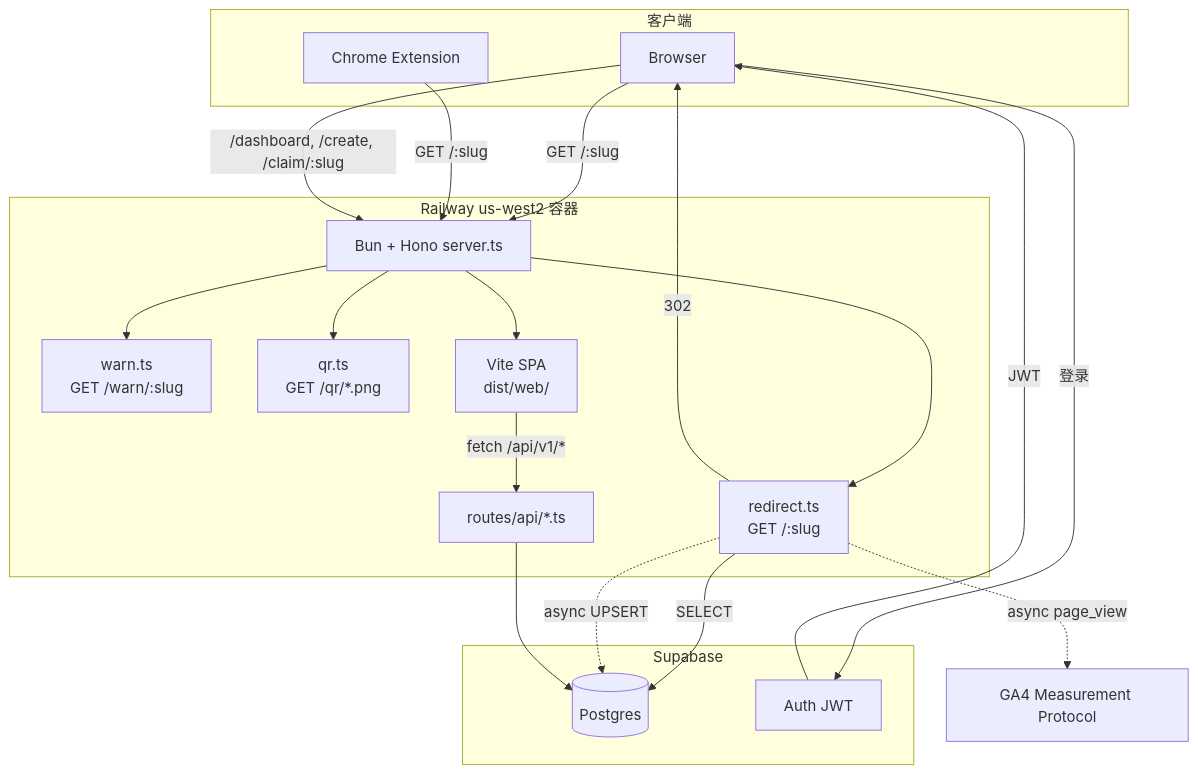
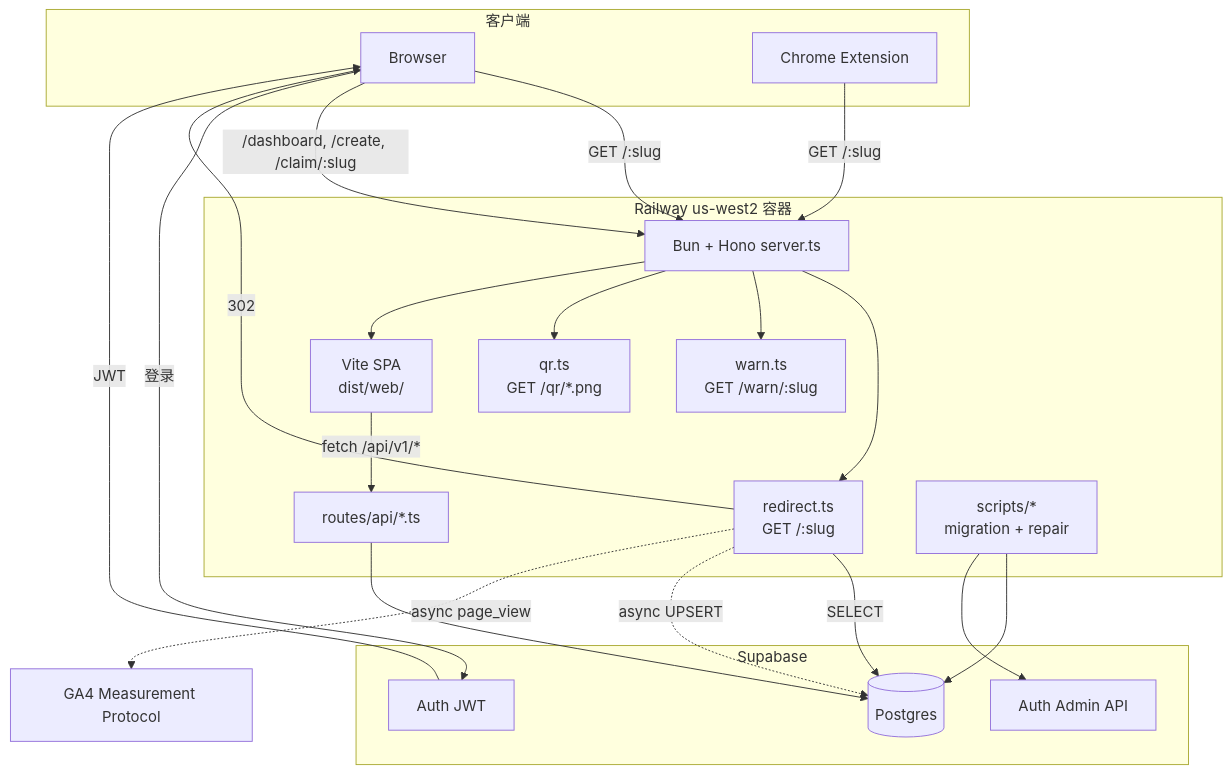
One commit to xinbenlv/open-golinks changed the diagram in docs/CURRENT-ARCHITECT.md. Above: the diagram before and after it, drawn with Mermaid. The commit also changed other lines of this file and 21 other files, not shown here.

````diff
--- a/docs/CURRENT-ARCHITECT.md
+++ b/docs/CURRENT-ARCHITECT.md
@@ -35,38 +35,42 @@
 ```mermaid
 flowchart TB
   subgraph Client[客户端]
     BR[Browser]
     EX[Chrome Extension]
   end
 
   subgraph Railway[Railway us-west2 容器]
     SRV[Bun + Hono server.ts]
     RED[redirect.ts<br/>GET /:slug]
     WARN[warn.ts<br/>GET /warn/:slug]
     QR[qr.ts<br/>GET /qr/*.png]
     API[routes/api/*.ts]
     SPA[Vite SPA<br/>dist/web/]
+    SCRIPTS[scripts/*<br/>migration + repair]
   end
 
   subgraph Supabase[Supabase]
     PG[(Postgres)]
     AUTH[Auth JWT]
+    ADMIN[Auth Admin API]
   end
 
   BR -->|GET /:slug| SRV
   EX -->|GET /:slug| SRV
   SRV --> RED
   SRV --> WARN
   SRV --> QR
   RED -->|SELECT| PG
   RED -->|302| BR
   RED -.->|async UPSERT| PG
   RED -.->|async page_view| GA4[GA4 Measurement Protocol]
 
   BR -->|/dashboard, /create, /claim/:slug| SRV
   SRV --> SPA
   SPA -->|fetch /api/v1/*| API
   API --> PG
   BR -->|登录| AUTH
   AUTH -->|JWT| BR
+  SCRIPTS --> PG
+  SCRIPTS --> ADMIN
 ```
````
